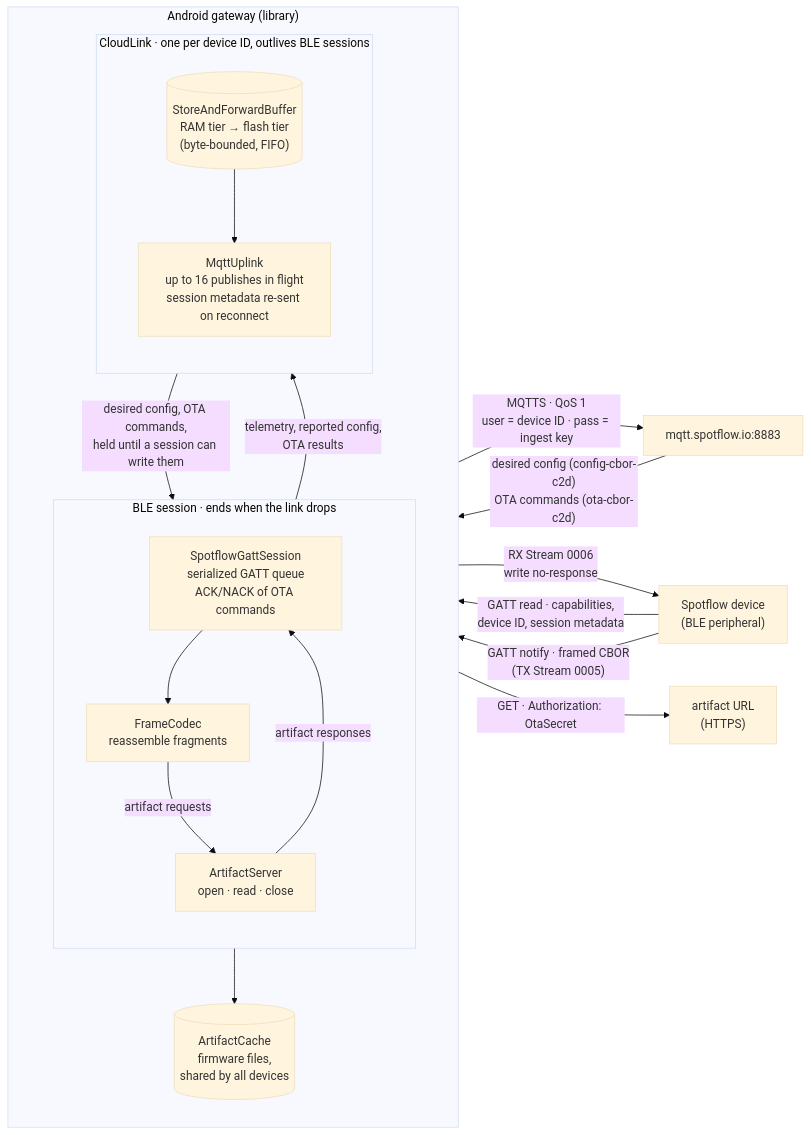
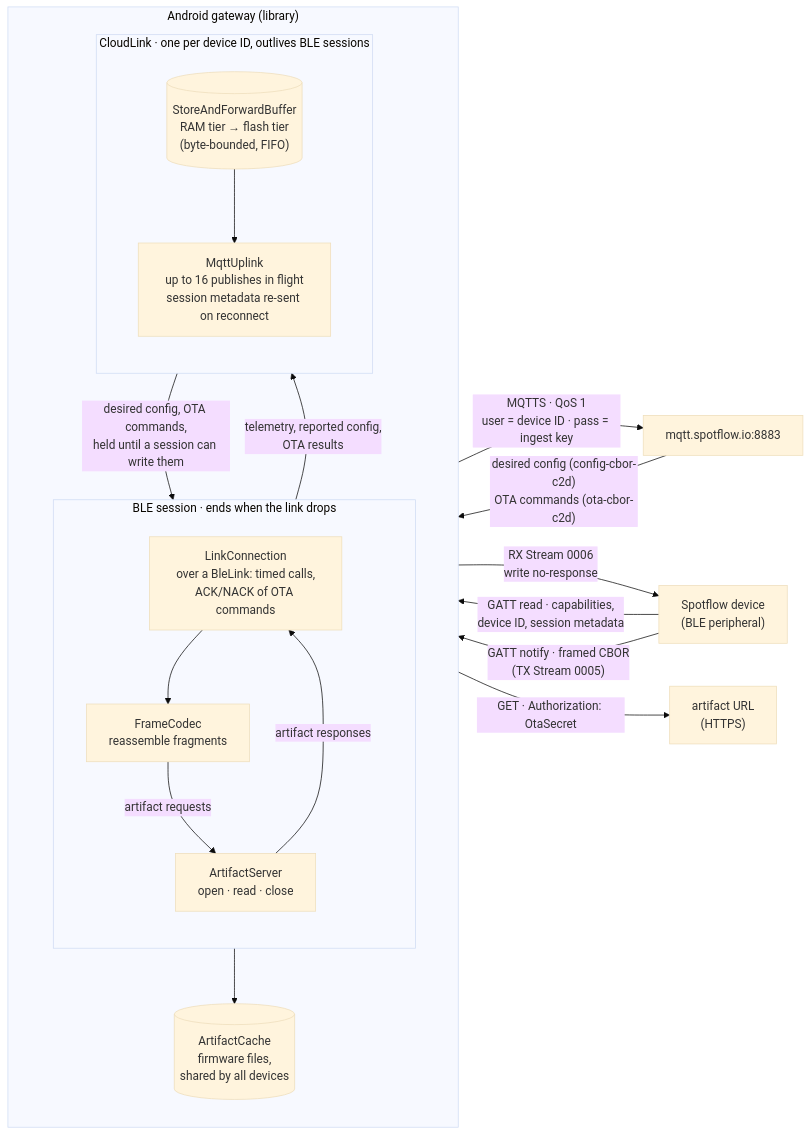
Before and after one commit to spotflow-io/gateway-android: the first of 2 diagrams in README.md, drawn with Mermaid (base theme). The commit also changed other lines of this file and 107 other files, not shown here.

````diff
--- a/README.md
+++ b/README.md
@@ -47,37 +49,37 @@
 ```mermaid
 flowchart LR
     D["Spotflow device<br/>(BLE peripheral)"]
 
     subgraph G["Android gateway (library)"]
         direction TB
         subgraph BLE["BLE session · ends when the link drops"]
             direction TB
-            S["SpotflowGattSession<br/>serialized GATT queue<br/>ACK/NACK of OTA commands"]
+            S["LinkConnection<br/>over a BleLink: timed calls,<br/>ACK/NACK of OTA commands"]
             F["FrameCodec<br/>reassemble fragments"]
             A["ArtifactServer<br/>open · read · close"]
             S --> F
             F -- "artifact requests" --> A
             A -- "artifact responses" --> S
         end
         subgraph CL["CloudLink · one per device ID, outlives BLE sessions"]
             direction TB
             B[("StoreAndForwardBuffer<br/>RAM tier → flash tier<br/>(byte-bounded, FIFO)")]
             U["MqttUplink<br/>up to 16 publishes in flight<br/>session metadata re-sent on reconnect"]
             B --> U
         end
         K[("ArtifactCache<br/>firmware files,<br/>shared by all devices")]
         F -- "telemetry, reported config,<br/>OTA results" --> B
         A --> K
     end
 
     C["mqtt.spotflow.io:8883"]
     W["artifact URL<br/>(HTTPS)"]
 
     D -- "GATT read · capabilities,<br/>device ID, session metadata" --> S
     D -- "GATT notify · framed CBOR<br/>(TX Stream 0005)" --> S
     U -- "MQTTS · QoS 1<br/>user = device ID · pass = ingest key" --> C
     C -- "desired config (config-cbor-c2d)<br/>OTA commands (ota-cbor-c2d)" --> U
     U -- "desired config, OTA commands,<br/>held until a session can write them" --> S
     S -- "RX Stream 0006<br/>write no-response" --> D
     K -- "GET · Authorization: OtaSecret" --> W
 ```
````
